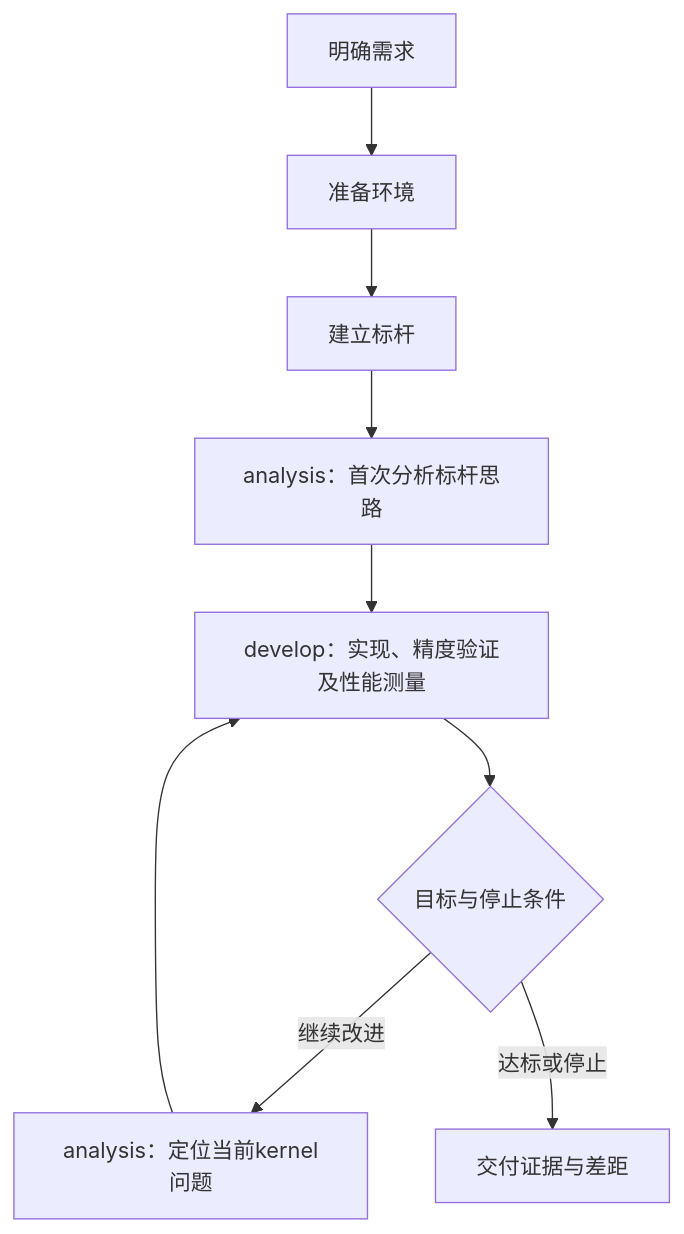
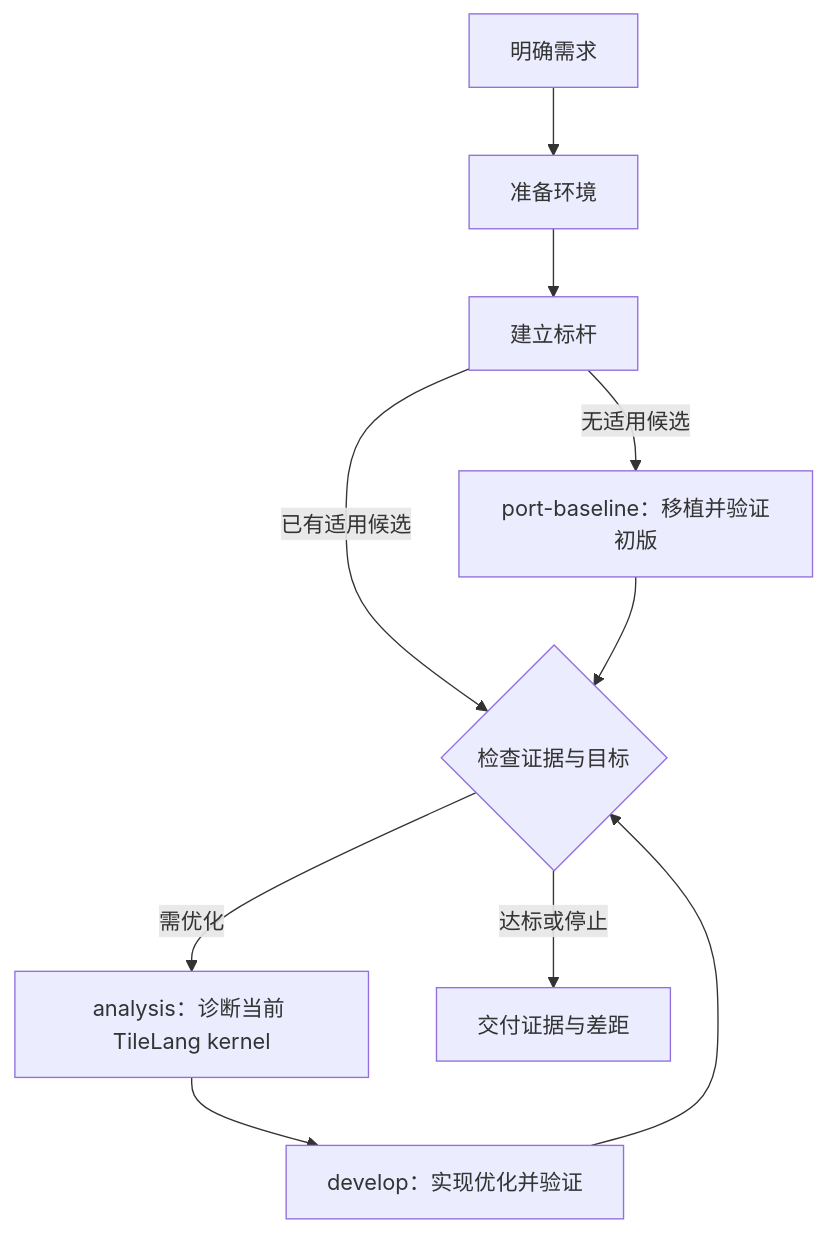
Before and after one commit to tile-ai/tilelang-mlir-ascend: the diagram in docs/REQUIREMENTS.md, drawn with Mermaid. The commit also changed other lines of this file and 34 other files, not shown here.

````diff
--- a/docs/REQUIREMENTS.md
+++ b/docs/REQUIREMENTS.md
@@ -45,11 +45,12 @@
 ```mermaid
 flowchart TD
     R[明确需求] --> E[准备环境]
     E --> B[建立标杆]
-    B --> A[analysis：首次分析标杆思路]
-    A --> D[develop：实现、精度验证及性能测量]
-    D --> C{目标与停止条件}
-    C -->|继续改进| X[analysis：定位当前kernel问题]
-    X --> D
+    B -->|无适用候选| P[port-baseline：移植并验证初版]
+    B -->|已有适用候选| C{检查证据与目标}
+    P --> C
+    C -->|需优化| A[analysis：诊断当前 TileLang kernel]
+    A --> D[develop：实现优化并验证]
+    D --> C
     C -->|达标或停止| O[交付证据与差距]
 ```
````
